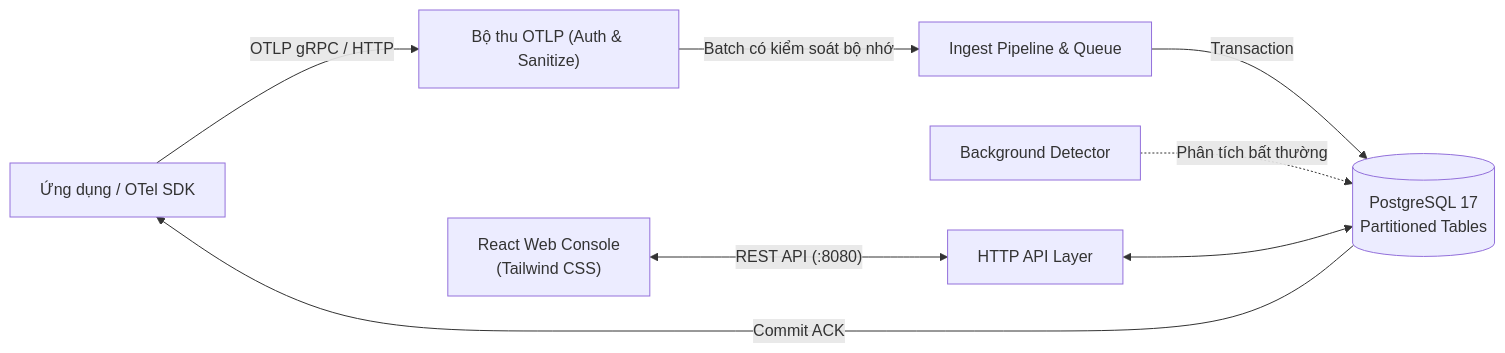
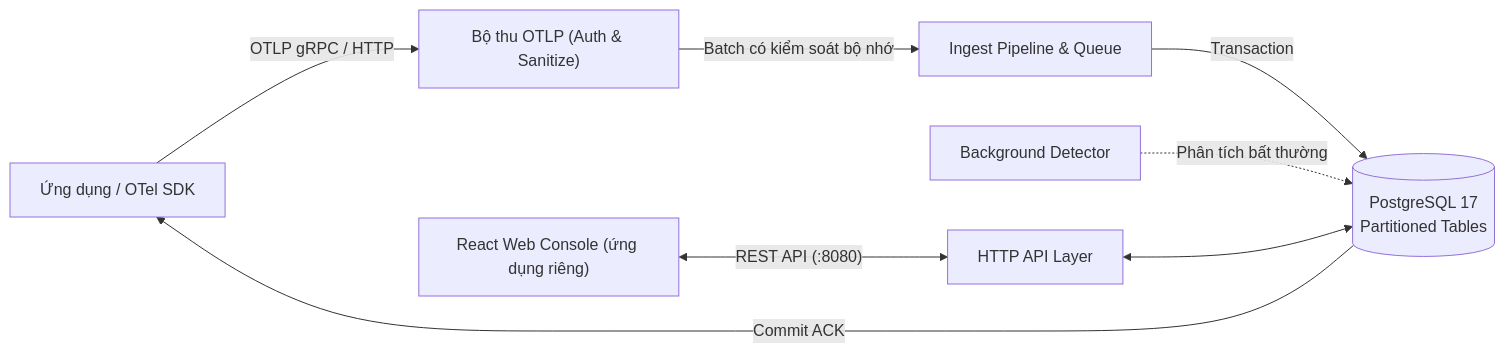
Before and after one commit to vanquan3008/flight-recorder: the diagram in README.md, drawn with Mermaid. The commit also changed other lines of this file and 111 other files, not shown here.

````diff
--- a/README.md
+++ b/README.md
@@ -98,10 +102,10 @@
 ```mermaid
 flowchart LR
     App["Ứng dụng / OTel SDK"] -->|"OTLP gRPC / HTTP"| Ingest["Bộ thu OTLP (Auth & Sanitize)"]
     Ingest -->|"Batch có kiểm soát bộ nhớ"| Pipeline["Ingest Pipeline & Queue"]
     Pipeline -->|"Transaction"| DB[("PostgreSQL 17\nPartitioned Tables")]
     DB -->|"Commit ACK"| App
     Detector["Background Detector"] -.->|"Phân tích bất thường"| DB
-    Console["React Web Console\n(Tailwind CSS)"] <-->|"REST API (:8080)"| HTTPAPI["HTTP API Layer"]
+    Console["React Web Console (ứng dụng riêng)"] <-->|"REST API (:8080)"| HTTPAPI["HTTP API Layer"]
     HTTPAPI <--> DB
 ```
````
